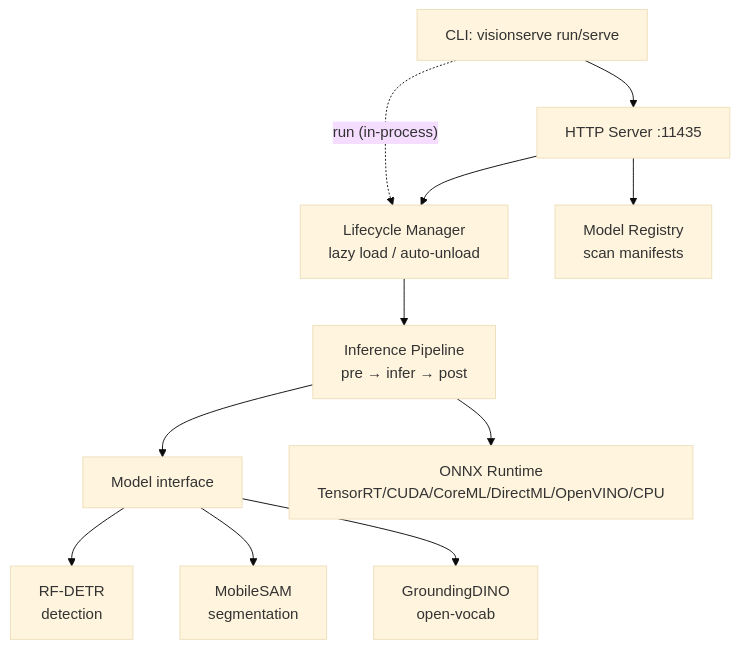
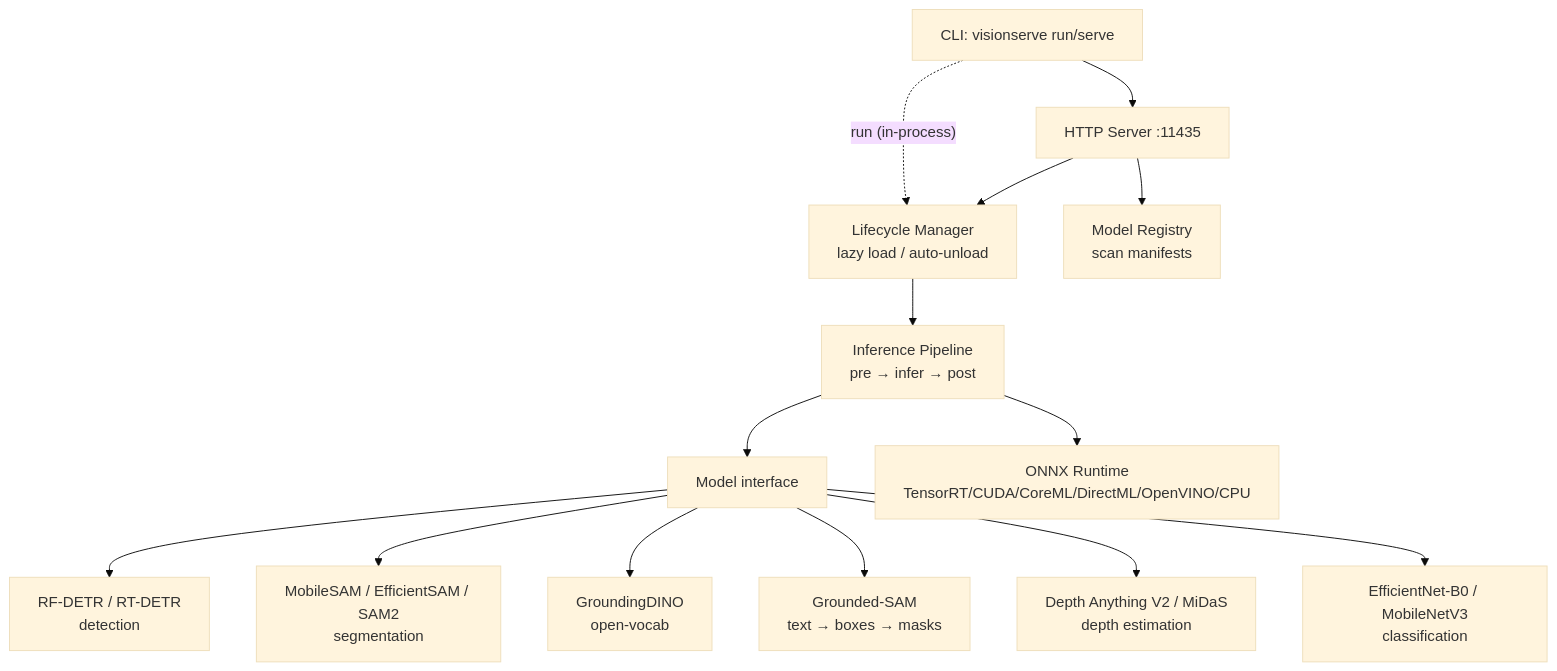
The first of 2 diagrams in docs/architecture.md (mtbui2010/vision_serve), drawn with Mermaid (base theme) before and after one commit. The commit also changed other lines of this file and 96 other files, not shown here.

````diff
--- a/docs/architecture.md
+++ b/docs/architecture.md
@@ -10,13 +10,16 @@
 ```mermaid
 flowchart TD
     CLI[CLI: visionserve run/serve] --> Server[HTTP Server :11435]
     CLI -. "run (in-process)" .-> Lifecycle
     Server --> Registry[Model Registry<br/>scan manifests]
     Server --> Lifecycle[Lifecycle Manager<br/>lazy load / auto-unload]
     Lifecycle --> Pipeline[Inference Pipeline<br/>pre → infer → post]
     Pipeline --> ModelIf[Model interface]
-    ModelIf --> RFDETR[RF-DETR<br/>detection]
-    ModelIf --> SAM[MobileSAM<br/>segmentation]
+    ModelIf --> RFDETR[RF-DETR / RT-DETR<br/>detection]
+    ModelIf --> SAM[MobileSAM / EfficientSAM / SAM2<br/>segmentation]
     ModelIf --> GDINO[GroundingDINO<br/>open-vocab]
+    ModelIf --> GSAM[Grounded-SAM<br/>text → boxes → masks]
+    ModelIf --> DEPTH[Depth Anything V2 / MiDaS<br/>depth estimation]
+    ModelIf --> CLS[EfficientNet-B0 / MobileNetV3<br/>classification]
     Pipeline --> ORT[ONNX Runtime<br/>TensorRT/CUDA/CoreML/DirectML/OpenVINO/CPU]
 ```
````
